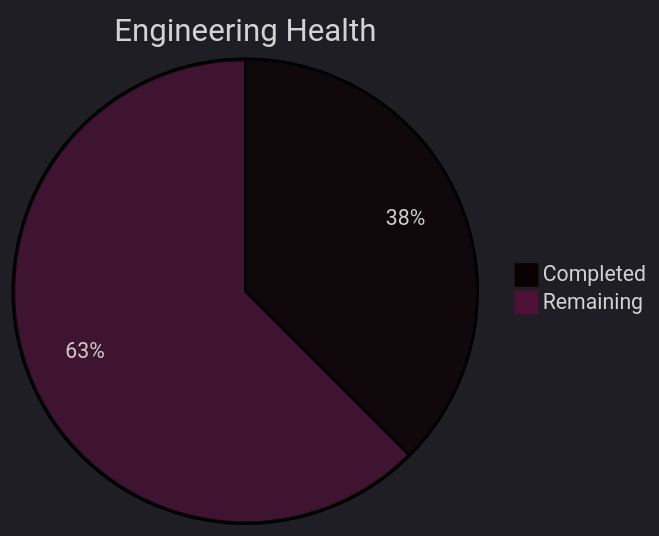
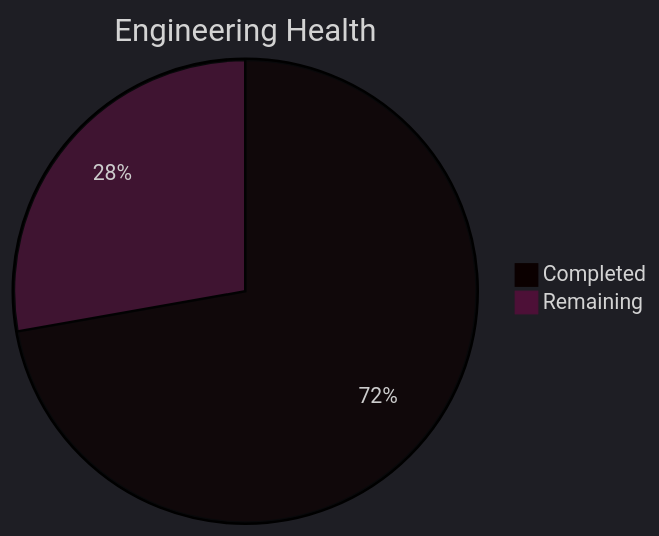
One commit to Neogleamz/SK8Lytz changed the third of 6 diagrams in tools/SK8Lytz_Bucket_List.md. Above: the diagram before and after it, drawn with Mermaid. The commit also changed other lines of this file and 2 other files, not shown here.

````diff
--- a/tools/SK8Lytz_Bucket_List.md
+++ b/tools/SK8Lytz_Bucket_List.md
@@ -35,6 +39,6 @@
 ```mermaid
 %%{init: {'theme': 'dark'}}%%
 pie title Engineering Health
-  "Completed" : 3
+  "Completed" : 13
   "Remaining" : 5
 ```
````
